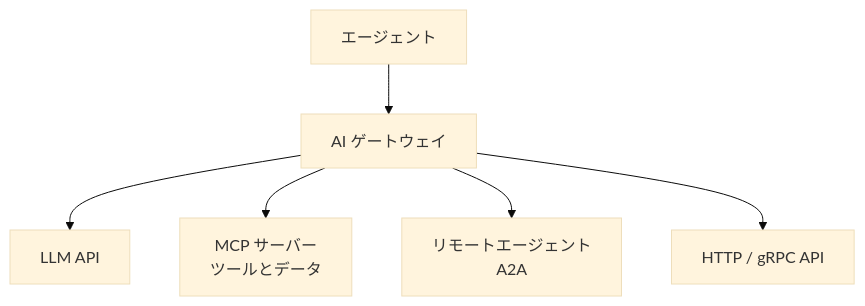
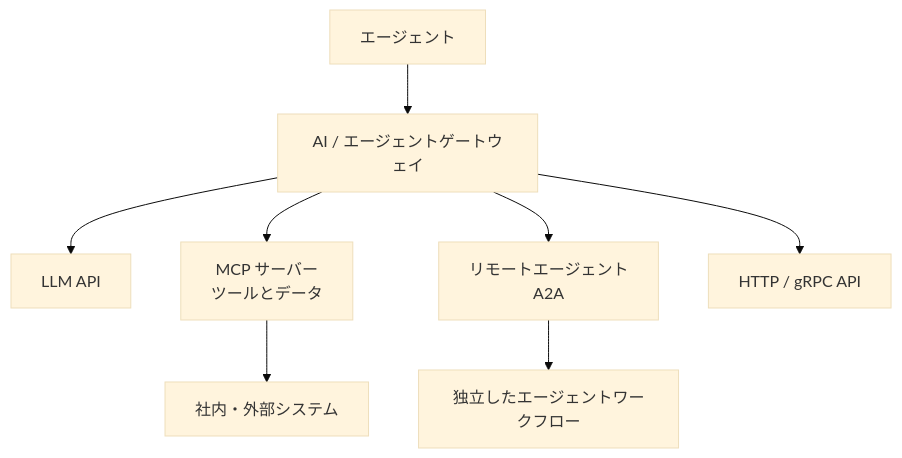
One commit to skitazaki/notes-with-ai changed the diagram in content/docs/ai/ai-infrastructure/ai-gateway/_index.ja.md. Above: the diagram before and after it, drawn with Mermaid (base theme). The commit also changed other lines of this file and 1 other file, not shown here.

````diff
--- a/content/docs/ai/ai-infrastructure/ai-gateway/_index.ja.md
+++ b/content/docs/ai/ai-infrastructure/ai-gateway/_index.ja.md
@@ -75,8 +93,10 @@
 ```mermaid
 flowchart TB
-    A["エージェント"] --> G["AI ゲートウェイ"]
+    A["エージェント"] --> G["AI / エージェントゲートウェイ"]
     G --> L["LLM API"]
     G --> M["MCP サーバー<br/>ツールとデータ"]
     G --> R["リモートエージェント<br/>A2A"]
     G --> H["HTTP / gRPC API"]
+    M --> X["社内・外部システム"]
+    R --> Y["独立したエージェントワークフロー"]
 ```
````
